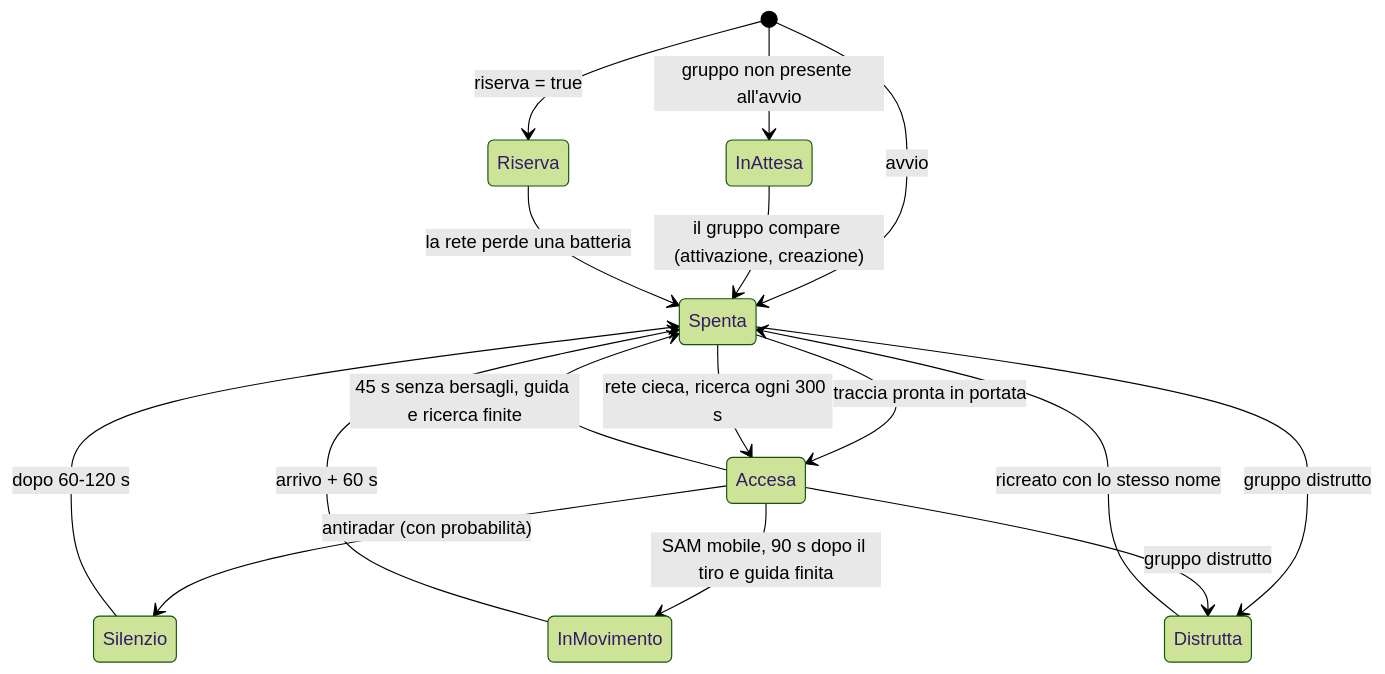
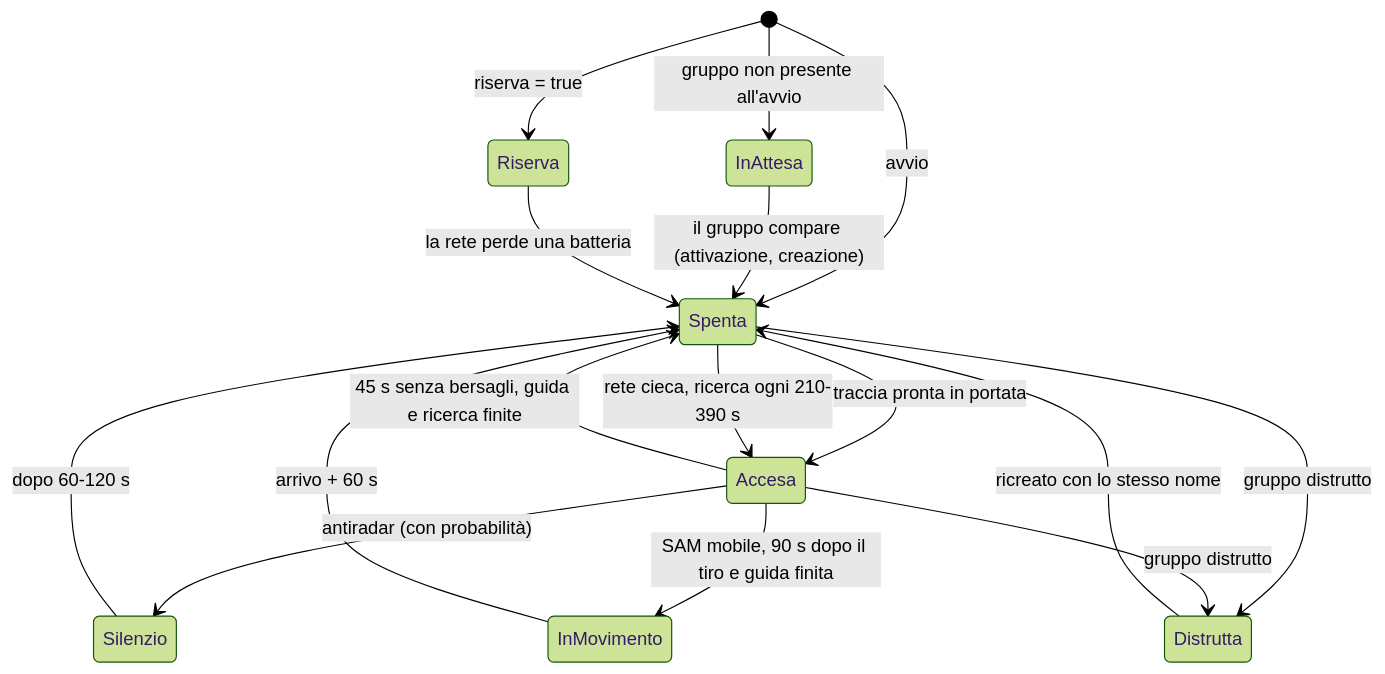
One commit to Oibaf92/dcs changed the diagram in iads/DOCUMENTAZIONE.md. Above: the diagram before and after it, drawn with Mermaid (forest theme). The commit also changed other lines of this file and 3 other files, not shown here.

First line of the commit message:
IADS: ricerche della rete cieca sfalsate tra le batterie

````diff
--- a/iads/DOCUMENTAZIONE.md
+++ b/iads/DOCUMENTAZIONE.md
@@ -236,18 +246,18 @@
 ```mermaid
 stateDiagram-v2
     [*] --> InAttesa: gruppo non presente all'avvio
     [*] --> Spenta: avvio
     [*] --> Riserva: riserva = true
     InAttesa --> Spenta: il gruppo compare (attivazione, creazione)
     Riserva --> Spenta: la rete perde una batteria
     Spenta --> Accesa: traccia pronta in portata
-    Spenta --> Accesa: rete cieca, ricerca ogni 300 s
+    Spenta --> Accesa: rete cieca, ricerca ogni 210-390 s
     Accesa --> Spenta: 45 s senza bersagli, guida e ricerca finite
     Accesa --> Silenzio: antiradar (con probabilità)
     Silenzio --> Spenta: dopo 60-120 s
     Accesa --> InMovimento: SAM mobile, 90 s dopo il tiro e guida finita
     InMovimento --> Spenta: arrivo + 60 s
     Spenta --> Distrutta: gruppo distrutto
     Accesa --> Distrutta: gruppo distrutto
     Distrutta --> Spenta: ricreato con lo stesso nome
 ```
````
